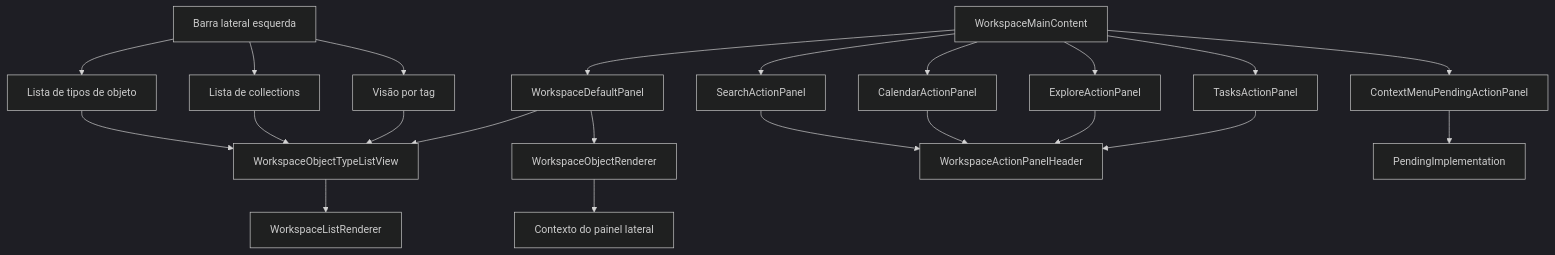
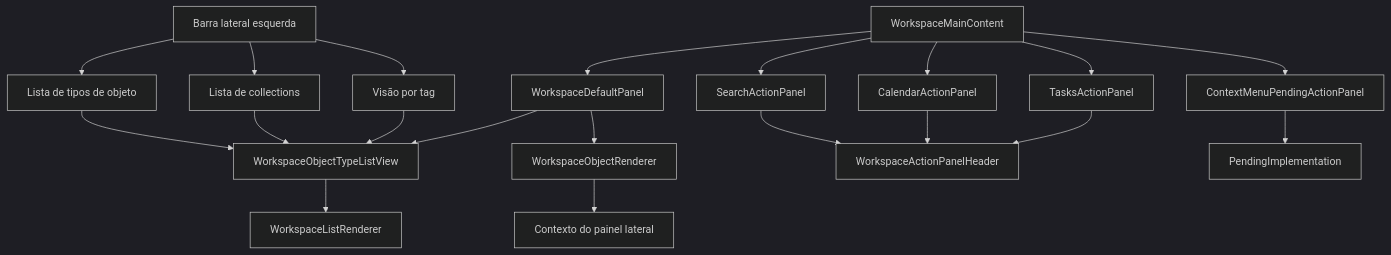
One commit to ianmaciel7/notes-app changed the diagram in docs/workspace/workspace-main-content.architecture.pt-BR.md. Above: the diagram before and after it, drawn with Mermaid (dark theme). The commit also changed other lines of this file and 24 other files, not shown here.

````diff
--- a/docs/workspace/workspace-main-content.architecture.pt-BR.md
+++ b/docs/workspace/workspace-main-content.architecture.pt-BR.md
@@ -5,25 +5,23 @@
 ```mermaid
 graph TD
   Sidebar[Barra lateral esquerda]
   WorkspaceMainContent --> WorkspaceDefaultPanel
   WorkspaceMainContent --> SearchActionPanel
   WorkspaceMainContent --> CalendarActionPanel
-  WorkspaceMainContent --> ExploreActionPanel
   WorkspaceMainContent --> TasksActionPanel
   WorkspaceMainContent --> ContextMenuPendingActionPanel
   Sidebar --> ObjectTypeList[Lista de tipos de objeto]
   Sidebar --> CollectionList[Lista de collections]
   Sidebar --> TagView[Visão por tag]
   WorkspaceDefaultPanel --> WorkspaceObjectTypeListView
   WorkspaceObjectTypeListView --> WorkspaceListRenderer
   WorkspaceDefaultPanel --> WorkspaceObjectRenderer
   ObjectTypeList --> WorkspaceObjectTypeListView
   CollectionList --> WorkspaceObjectTypeListView
   TagView --> WorkspaceObjectTypeListView
   WorkspaceObjectRenderer --> SidePanelContext[Contexto do painel lateral]
   SearchActionPanel --> WorkspaceActionPanelHeader
   CalendarActionPanel --> WorkspaceActionPanelHeader
-  ExploreActionPanel --> WorkspaceActionPanelHeader
   TasksActionPanel --> WorkspaceActionPanelHeader
   ContextMenuPendingActionPanel --> PendingImplementation
 ```
````
